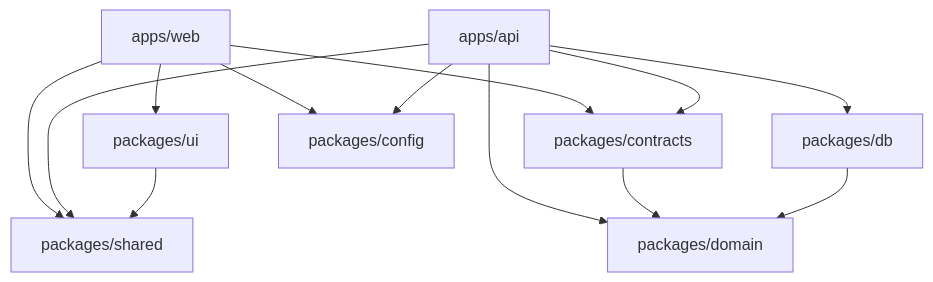
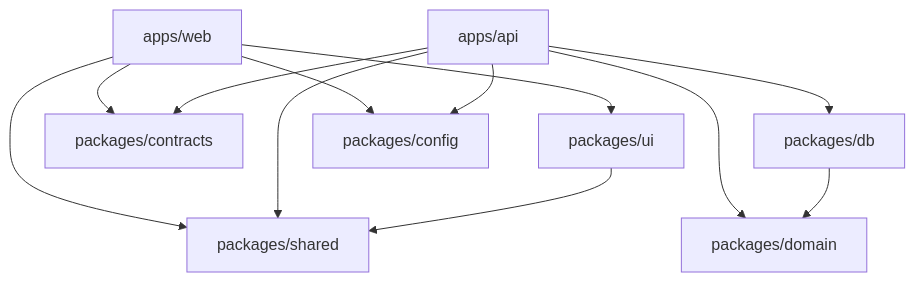
One commit to neetrino/BigProjects_BOS changed the second of 5 diagrams in docs/01-ARCHITECTURE.md. Above: the diagram before and after it, drawn with Mermaid. The commit also changed other lines of this file and 33 other files, not shown here.

Commit message:
docs: enforce NestJS backend architecture

````diff
--- a/docs/01-ARCHITECTURE.md
+++ b/docs/01-ARCHITECTURE.md
@@ -114,24 +124,23 @@
 ```mermaid
 flowchart TD
   Web["apps/web"]
   Api["apps/api"]
   UI["packages/ui"]
   Contracts["packages/contracts"]
   Domain["packages/domain"]
   DB["packages/db"]
   Shared["packages/shared"]
   Config["packages/config"]
 
   Web --> UI
   Web --> Contracts
   Web --> Shared
   Api --> Contracts
   Api --> Domain
   Api --> DB
   Api --> Shared
   UI --> Shared
-  Contracts --> Domain
   DB --> Domain
   Web --> Config
   Api --> Config
 ```
````
